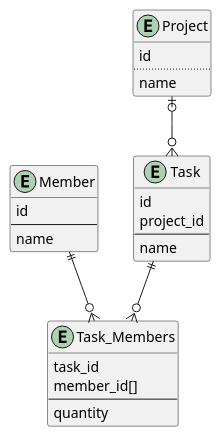
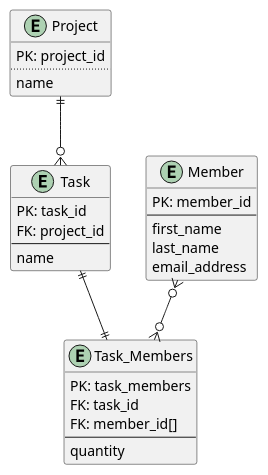
The diagram in docs/database_structure.puml (MSkauen/http-demo), drawn with PlantUML before and after one commit. The commit also changed 13 other files, not shown here.

```diff
--- a/docs/database_structure.puml
+++ b/docs/database_structure.puml
@@ -1,31 +1,34 @@
 @startuml
 
-entity Member {
-    id
-    --
-    name
-}
-
 entity Project {
-    id
+    PK: project_id
     ..
     name
 }
 entity Task {
-    id
-    project_id
+    PK: task_id
+    FK: project_id
     --
     name
 }
 
 entity Task_Members {
-    task_id
-    member_id[]
+    PK: task_members
+    FK: task_id
+    FK: member_id[]
     --
     quantity
 }
 
-Project |o--o{ Task
-Task ||--o{ Task_Members
-Member ||--o{  Task_Members
+entity Member {
+    PK: member_id
+    --
+    first_name
+    last_name
+    email_address
+}
+
+Project ||--o{ Task
+Task ||--|| Task_Members
+Member }o--o{  Task_Members
 @enduml
```
